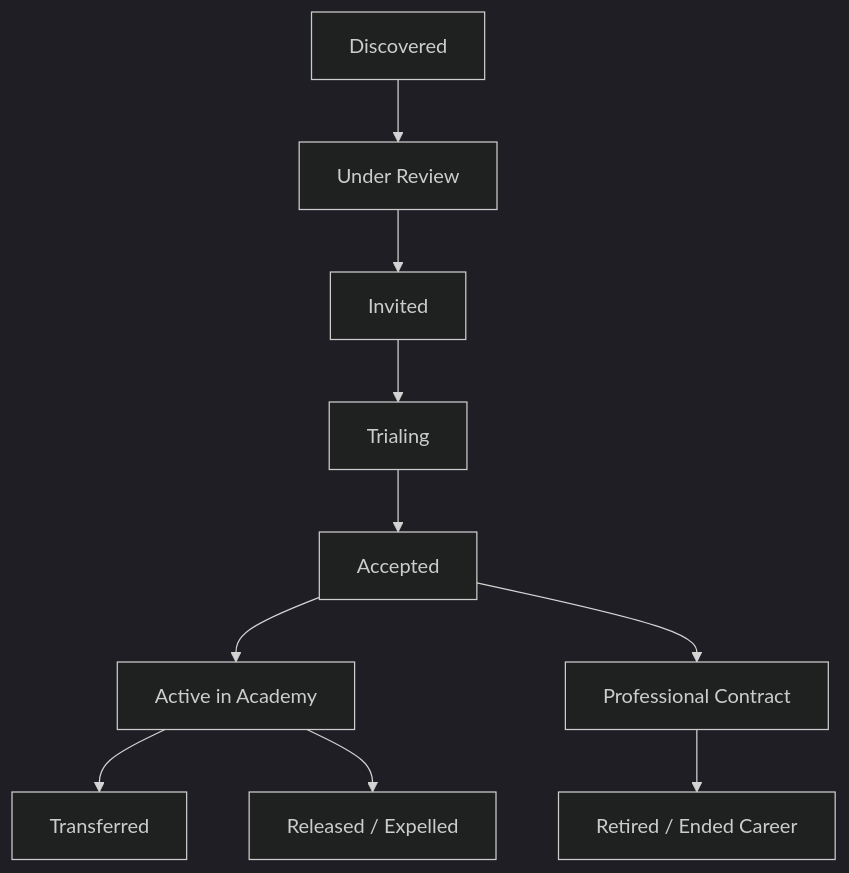
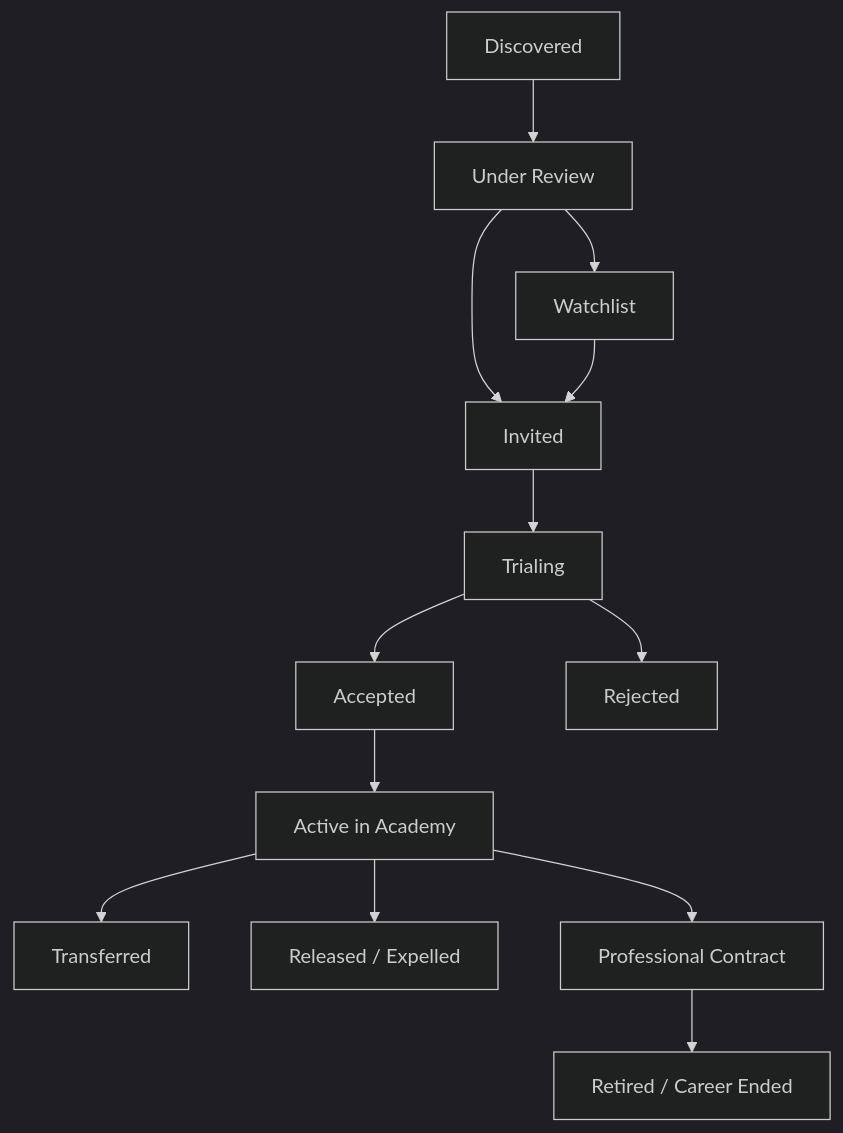
The diagram in README.md (Jahongirhacking/FotSpot), drawn with Mermaid (dark theme) before and after one commit. The commit also changed other lines of this file and 3 other files, not shown here.

````diff
--- a/README.md
+++ b/README.md
@@ -671,12 +390,15 @@
 ```mermaid
 graph TD
     A[Discovered] --> B[Under Review]
     B --> C[Invited]
+    B --> W[Watchlist]
+    W --> C
     C --> D[Trialing]
     D --> E[Accepted]
+    D --> R[Rejected]
     E --> F[Active in Academy]
     F --> G[Transferred]
     F --> H[Released / Expelled]
-    E --> I[Professional Contract]
-    I --> J[Retired / Ended Career]
+    F --> I[Professional Contract]
+    I --> J[Retired / Career Ended]
 ```
````
